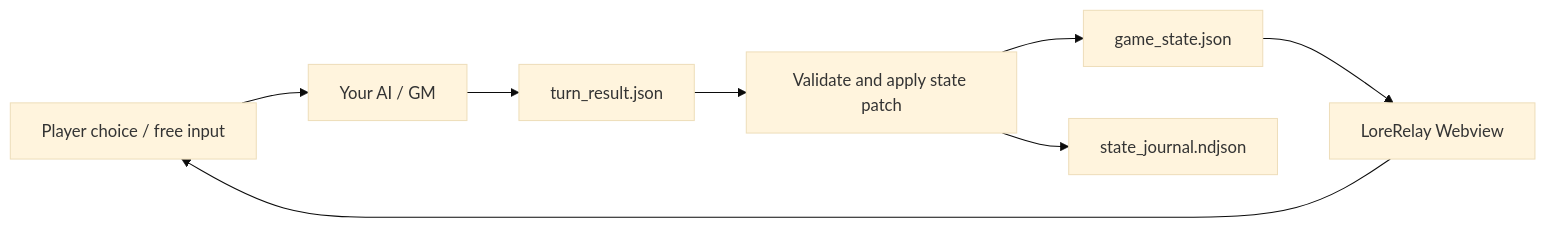
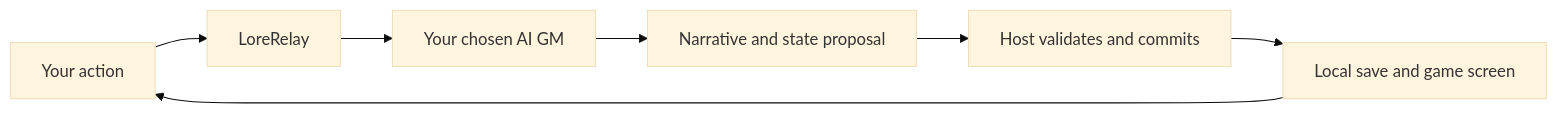
The diagram in README_en.md (GGF1sh/LoreRelay), drawn with Mermaid (base theme) before and after one commit. The commit also changed other lines of this file and 10 other files, not shown here.

````diff
--- a/README_en.md
+++ b/README_en.md
@@ -139,10 +58,9 @@
 ```mermaid
 flowchart LR
-    Player["Player choice / free input"] --> GM["Your AI / GM"]
-    GM --> Turn["turn_result.json"]
-    Turn --> Gate["Validate and apply state patch"]
-    Gate --> State["game_state.json"]
-    Gate --> Journal["state_journal.ndjson"]
-    State --> UI["LoreRelay Webview"]
-    UI --> Player
+    Human["Your action"] --> Host["LoreRelay"]
+    Host --> AI["Your chosen AI GM"]
+    AI --> Candidate["Narrative and state proposal"]
+    Candidate --> Accept["Host validates and commits"]
+    Accept --> Local["Local save and game screen"]
+    Local --> Human
 ```
````
